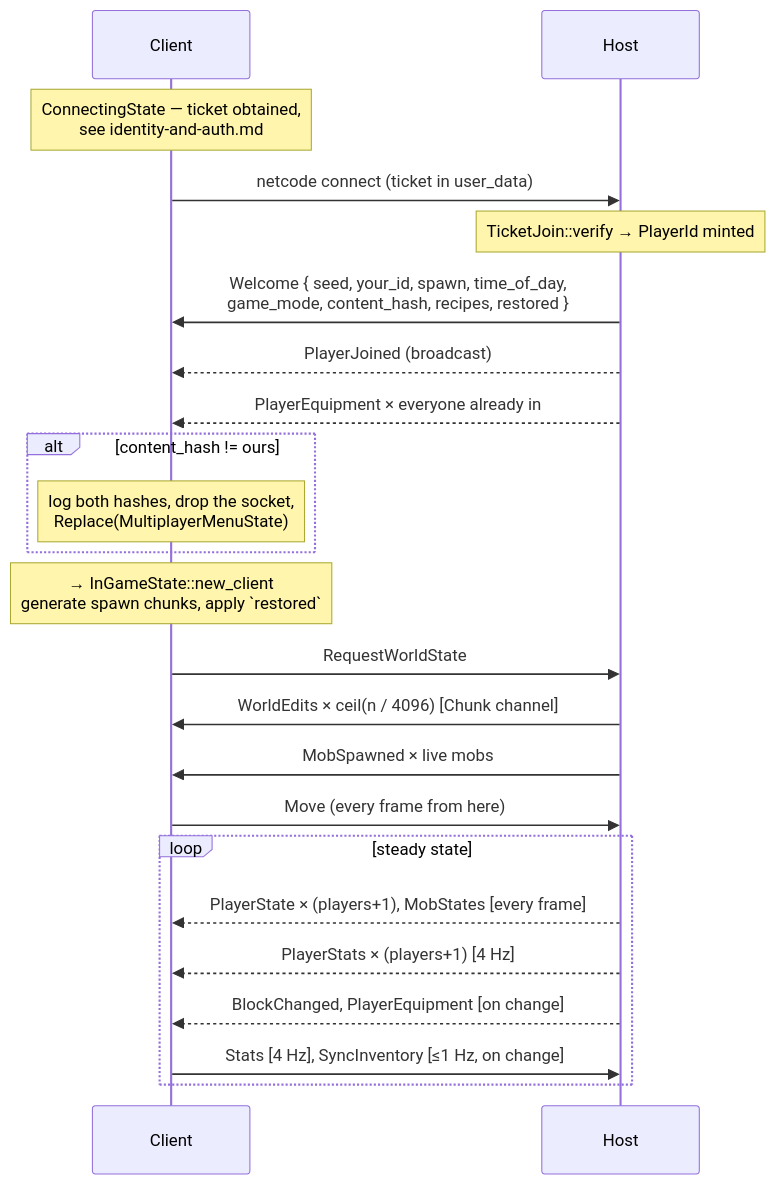
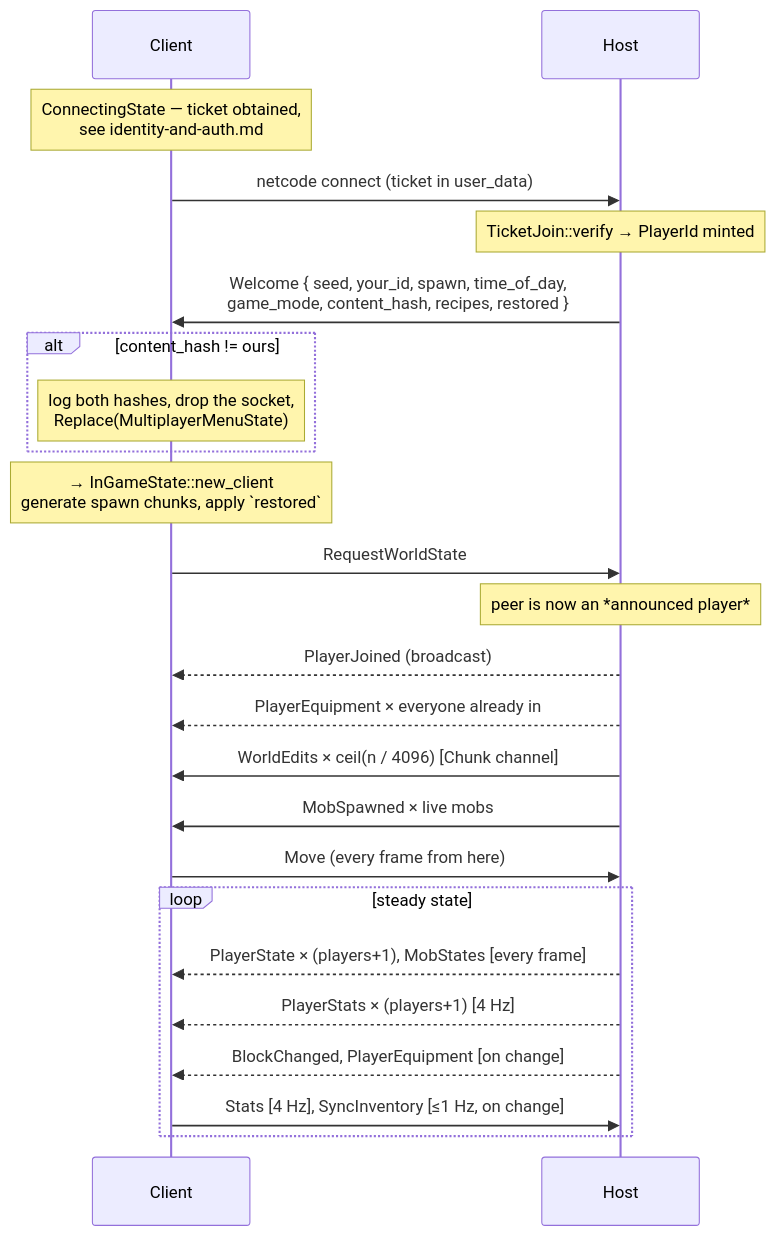
Before and after one commit to gustaavik/wyvencraft: the first of 3 diagrams in docs/netcode.md, drawn with Mermaid. The commit also changed other lines of this file and 30 other files, not shown here.

````diff
--- a/docs/netcode.md
+++ b/docs/netcode.md
@@ -268,29 +270,30 @@
 ```mermaid
 sequenceDiagram
     participant C as Client
     participant H as Host
 
     Note over C: ConnectingState — ticket obtained,<br/>see identity-and-auth.md
     C->>H: netcode connect (ticket in user_data)
     Note over H: TicketJoin::verify → PlayerId minted
     H->>C: Welcome { seed, your_id, spawn, time_of_day,<br/>game_mode, content_hash, recipes, restored }
-    H-->>C: PlayerJoined (broadcast)
-    H-->>C: PlayerEquipment × everyone already in
 
     alt content_hash != ours
         Note over C: log both hashes, drop the socket,<br/>Replace(MultiplayerMenuState)
     end
 
     Note over C: → InGameState::new_client<br/>generate spawn chunks, apply `restored`
     C->>H: RequestWorldState
+    Note over H: peer is now an *announced player*
+    H-->>C: PlayerJoined (broadcast)
+    H-->>C: PlayerEquipment × everyone already in
     H->>C: WorldEdits × ceil(n / 4096)   [Chunk channel]
     H->>C: MobSpawned × live mobs
     C->>H: Move (every frame from here)
 
     loop steady state
         H-->>C: PlayerState × (players+1), MobStates    [every frame]
         H-->>C: PlayerStats × (players+1)               [4 Hz]
         H-->>C: BlockChanged, PlayerEquipment           [on change]
         C->>H: Stats [4 Hz], SyncInventory [≤1 Hz, on change]
     end
 ```
````
